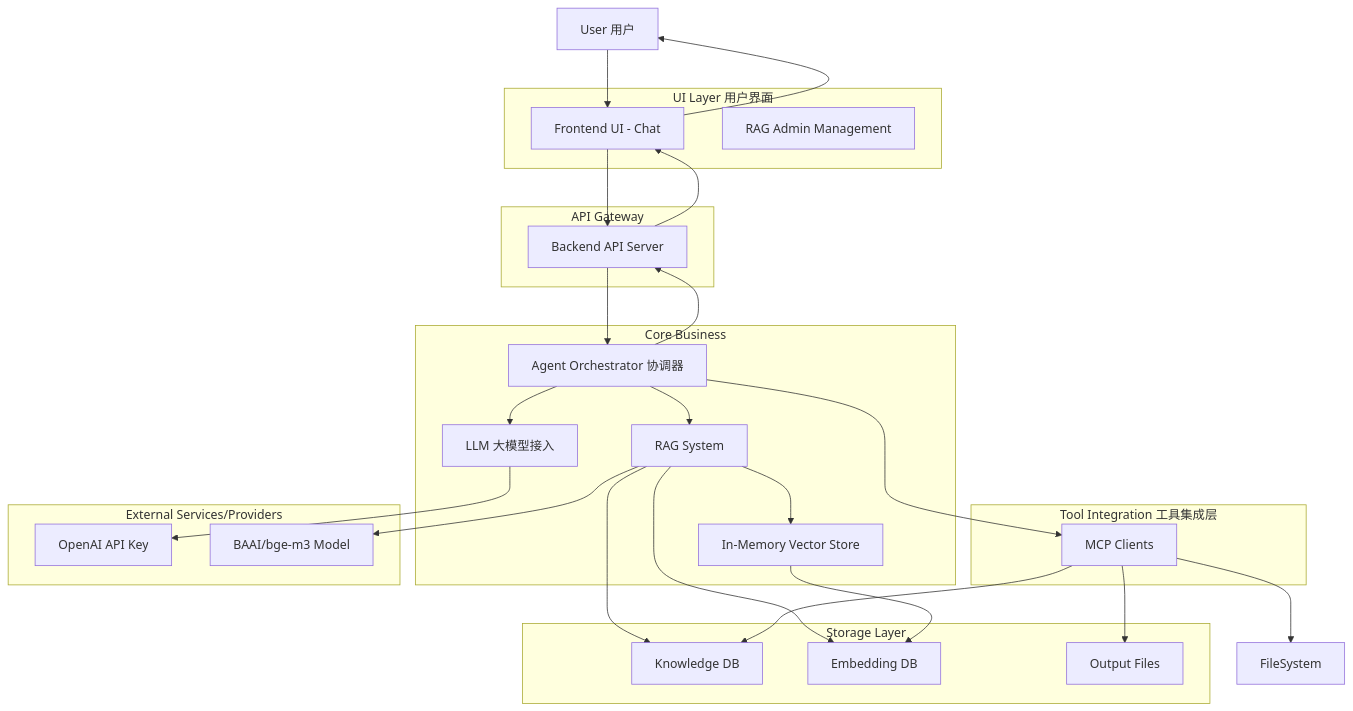
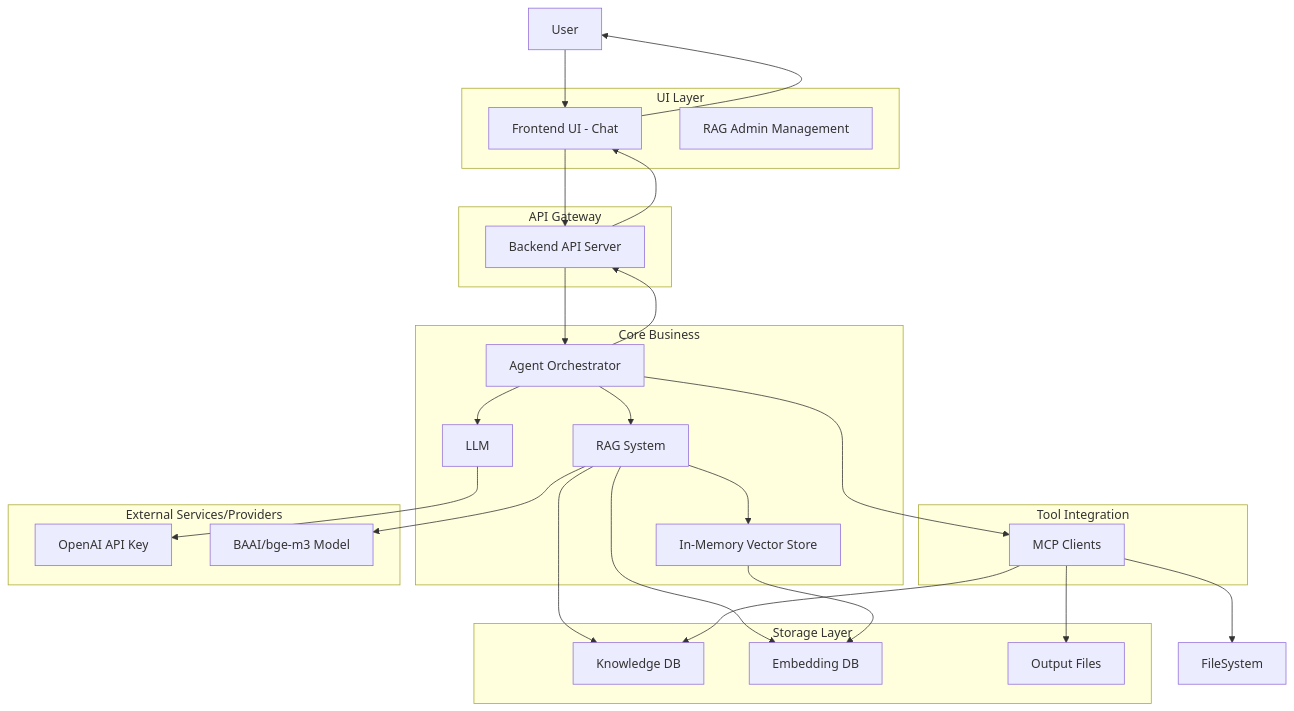
One commit to NEDONION/llm-mcp-rag-typescript changed the first of 6 diagrams in README.md. Above: the diagram before and after it, drawn with Mermaid. The commit also changed other lines of this file, not shown here.

````diff
--- a/README.md
+++ b/README.md
@@ -23,68 +23,68 @@
 ```mermaid
 graph TB
 %% ==== User ====
-  User[User 用户]
+  User[User]
 
 %% ==== UI ====
-  subgraph "UI Layer 用户界面"
+  subgraph "UI Layer"
     UIGroup[Frontend UI - Chat]
     UIAdmin[RAG Admin Management]
   end
 
 %% ==== API ====
   subgraph "API Gateway"
     API[Backend API Server]
   end
 
 %% ==== Core ====
   subgraph "Core Business"
-    Agent[Agent Orchestrator 协调器]
-    LLM[LLM 大模型接入]
+    Agent[Agent Orchestrator]
+    LLM[LLM]
     RAG[RAG System]
     VectorStore[In-Memory Vector Store]
   end
 
 %% ==== Tool ====
-  subgraph "Tool Integration 工具集成层"
+  subgraph "Tool Integration"
     MCP[MCP Clients]
   end
 
 %% ==== Storage ====
   subgraph "Storage Layer"
     Knowledge[Knowledge DB]
     Embedding[Embedding DB]
     Output[Output Files]
   end
 
 %% ==== External Only ====
   subgraph "External Services/Providers"
     OpenAI[OpenAI API Key]
     BGE[BAAI/bge-m3 Model]
   end
 
 %% ==== Request Flow ====
   User --> UIGroup
   UIGroup --> API
   API --> Agent
   Agent --> LLM
   Agent --> RAG
   Agent --> MCP
   Agent --> API
   API --> UIGroup
   UIGroup --> User
 
 %% ==== RAG Flow ====
   RAG --> VectorStore
   RAG --> Embedding
   RAG --> Knowledge
   VectorStore --> Embedding
 
 %% ==== MCP ====
   MCP --> Knowledge
   MCP --> Output
   MCP --> FileSystem
 
 %% ==== External Calls ====
   LLM --> OpenAI
   RAG --> BGE
 ```
````
